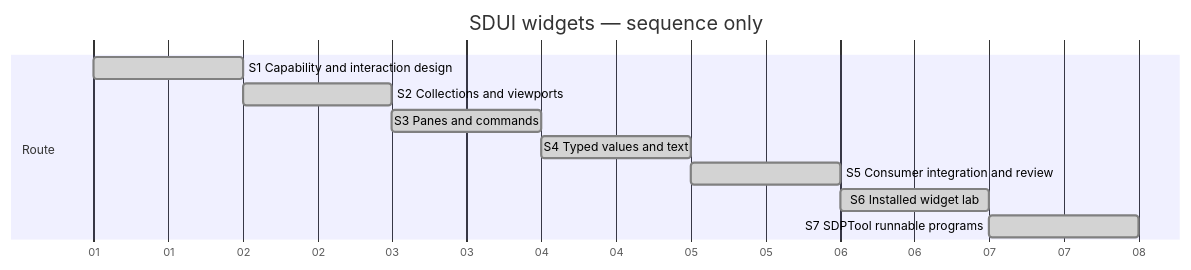
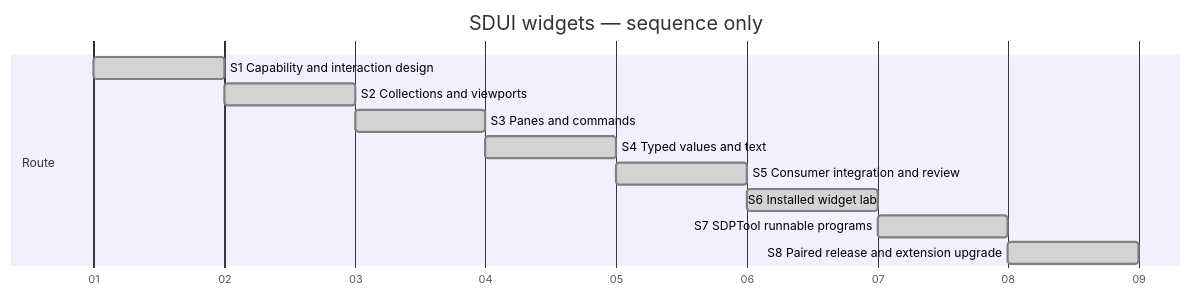
One commit to Hans-Einar/SDP changed the diagram in SDP/Sessions/session-#0010--SDUI_widgets.md. Above: the diagram before and after it, drawn with Mermaid. The commit also changed other lines of this file and 43 other files, not shown here.

Commit message:
RSP2-M2 record paired release and extension upgrade in shared Session

````diff
--- a/SDP/Sessions/session-#0010--SDUI_widgets.md
+++ b/SDP/Sessions/session-#0010--SDUI_widgets.md
@@ -10,14 +10,15 @@
 ```mermaid
 gantt
     title SDUI widgets — sequence only
     dateFormat YYYY-MM-DD
     axisFormat %d
     section Route
     S1 Capability and interaction design :done, s1, 2000-01-01, 1d
     S2 Collections and viewports :done, s2, after s1, 1d
     S3 Panes and commands :done, s3, after s2, 1d
     S4 Typed values and text :done, s4, after s3, 1d
     S5 Consumer integration and review :done, s5, after s4, 1d
     S6 Installed widget lab :done, s6, after s5, 1d
     S7 SDPTool runnable programs :done, s7, after s6, 1d
+    S8 Paired release and extension upgrade :done, s8, after s7, 1d
 ```
````
